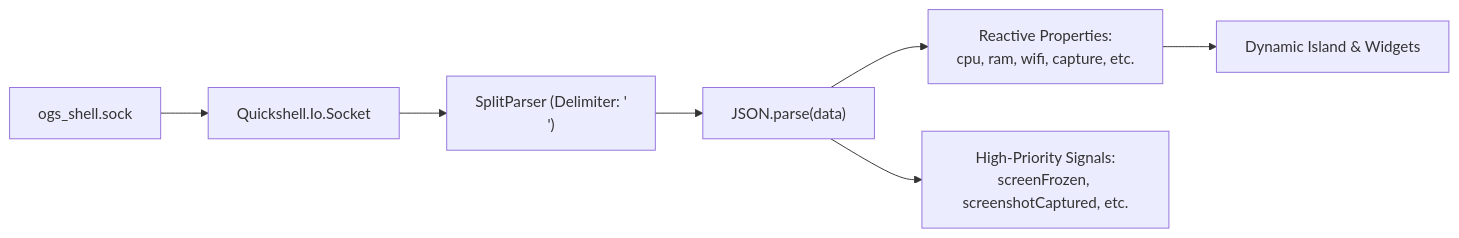
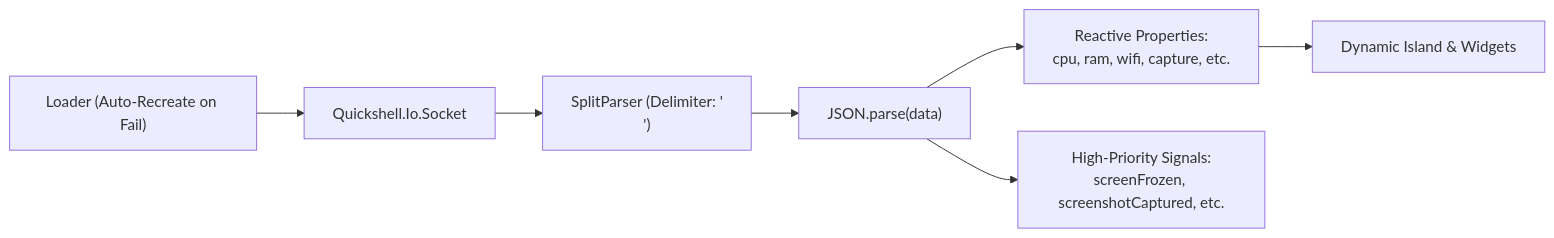
The diagram in ogsShell-qs_brain/03-UI-Components/Daemon-IPC-Client.md (ogsammaenr/OgsShell-qs), drawn with Mermaid before and after one commit. The commit also changed other lines of this file and 13 other files, not shown here.

````diff
--- a/ogsShell-qs_brain/03-UI-Components/Daemon-IPC-Client.md
+++ b/ogsShell-qs_brain/03-UI-Components/Daemon-IPC-Client.md
@@ -29,9 +29,9 @@
 ```mermaid
 graph LR
-    SOCK["ogs_shell.sock"] --> QMSOCK["Quickshell.Io.Socket"]
-    QMSOCK --> SPLIT["SplitParser (Delimiter: '\n')"]
+    LOADER["Loader (Auto-Recreate on Fail)"] --> SOCK["Quickshell.Io.Socket"]
+    SOCK --> SPLIT["SplitParser (Delimiter: '\n')"]
     SPLIT --> PARSE["JSON.parse(data)"]
     PARSE --> PROPS["Reactive Properties:<br/>cpu, ram, wifi, capture, etc."]
     PARSE --> SIGS["High-Priority Signals:<br/>screenFrozen, screenshotCaptured, etc."]
     PROPS --> UI["Dynamic Island & Widgets"]
 ```
````
